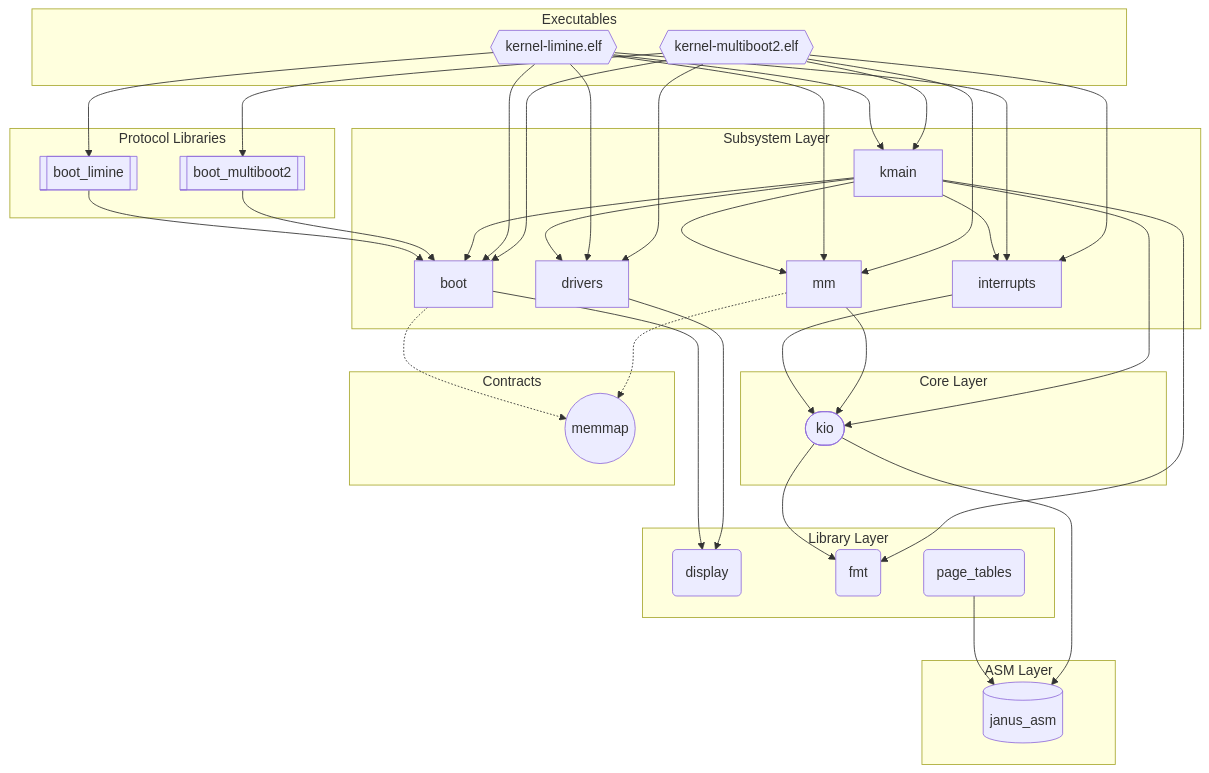
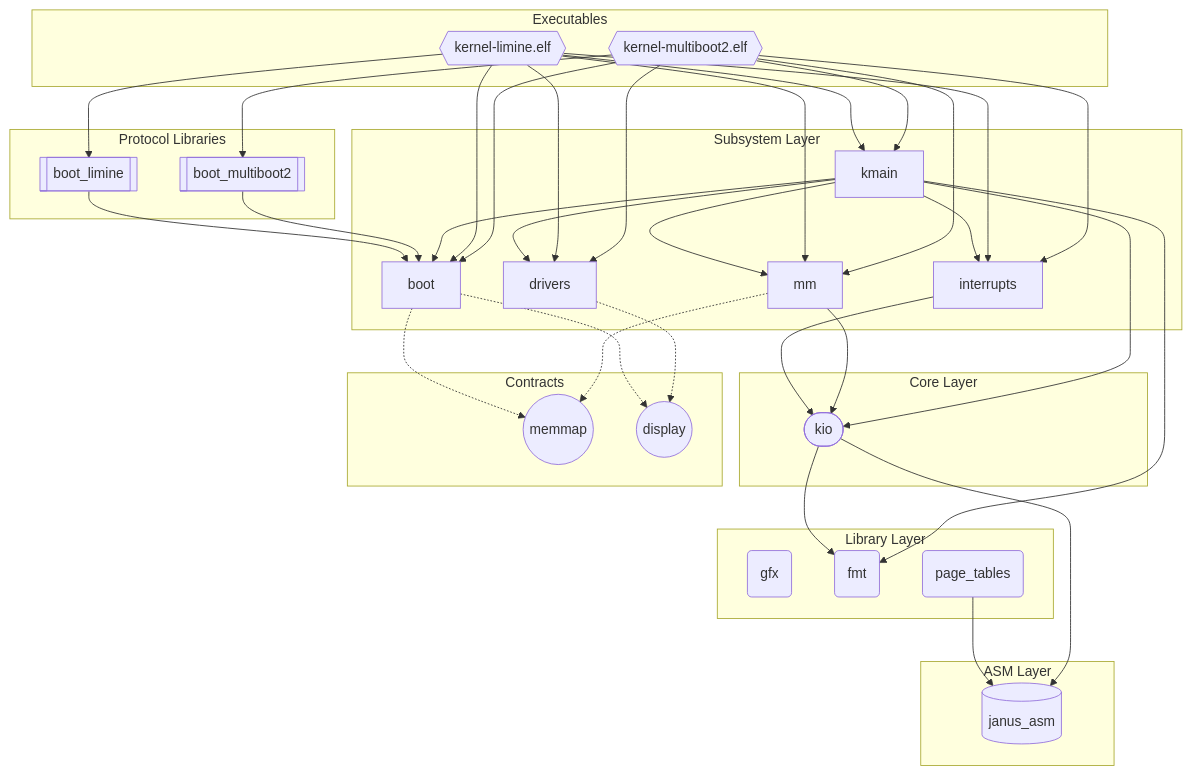
Before and after one commit to FrederikTobner/JANUS: the diagram in docs/generated/deps-x86_64.md, drawn with Mermaid. The commit also changed 60 other files, not shown here.

````diff
--- a/docs/generated/deps-x86_64.md
+++ b/docs/generated/deps-x86_64.md
@@ -3,61 +3,62 @@
 ```mermaid
 graph TD
   subgraph lib_layer["Library Layer"]
-    display("display")
+    gfx("gfx")
     fmt("fmt")
     page_tables("page_tables")
   end
   subgraph core_layer["Core Layer"]
     kio(["kio"])
   end
   subgraph subsys_layer["Subsystem Layer"]
     boot["boot"]
     drivers["drivers"]
     interrupts["interrupts"]
     mm["mm"]
     kmain["kmain"]
   end
   subgraph proto_layer["Protocol Libraries"]
     boot_limine[["boot_limine"]]
     boot_multiboot2[["boot_multiboot2"]]
   end
   subgraph exec_layer["Executables"]
     kernel_limine_elf{{"kernel-limine.elf"}}
     kernel_multiboot2_elf{{"kernel-multiboot2.elf"}}
   end
   subgraph asm_layer["ASM Layer"]
     janus_asm[("janus_asm")]
   end
   subgraph contract_layer["Contracts"]
     janus_contract_memmap(("memmap"))
+    janus_contract_display(("display"))
   end
   page_tables --> janus_asm
   kio --> fmt
   kio --> janus_asm
-  boot --> display
   boot -.-> janus_contract_memmap
+  boot -.-> janus_contract_display
   boot_limine --> boot
   boot_multiboot2 --> boot
-  drivers --> display
+  drivers -.-> janus_contract_display
   interrupts --> kio
   mm --> kio
   mm -.-> janus_contract_memmap
   kmain --> drivers
   kmain --> boot
   kmain --> fmt
   kmain --> interrupts
   kmain --> kio
   kmain --> mm
   kernel_limine_elf --> boot
   kernel_limine_elf --> boot_limine
   kernel_limine_elf --> drivers
   kernel_limine_elf --> interrupts
   kernel_limine_elf --> mm
   kernel_limine_elf --> kmain
   kernel_multiboot2_elf --> boot
   kernel_multiboot2_elf --> boot_multiboot2
   kernel_multiboot2_elf --> drivers
   kernel_multiboot2_elf --> interrupts
   kernel_multiboot2_elf --> mm
   kernel_multiboot2_elf --> kmain
 ```
````
